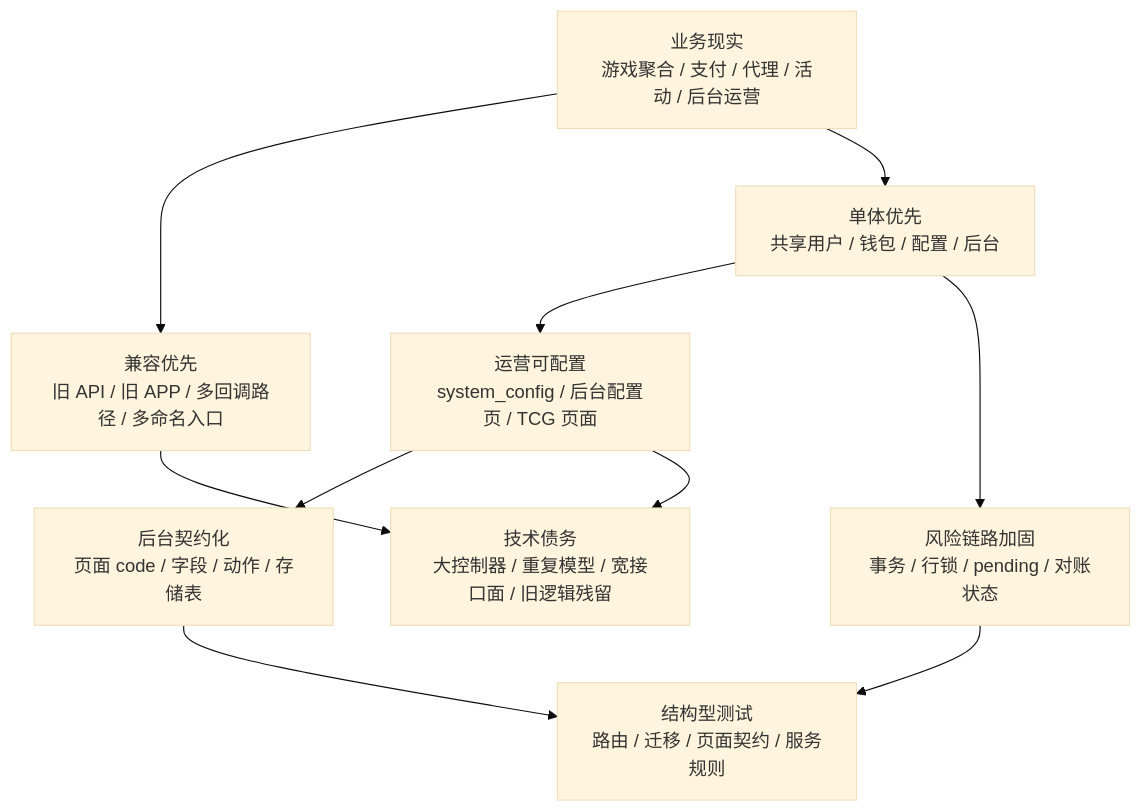
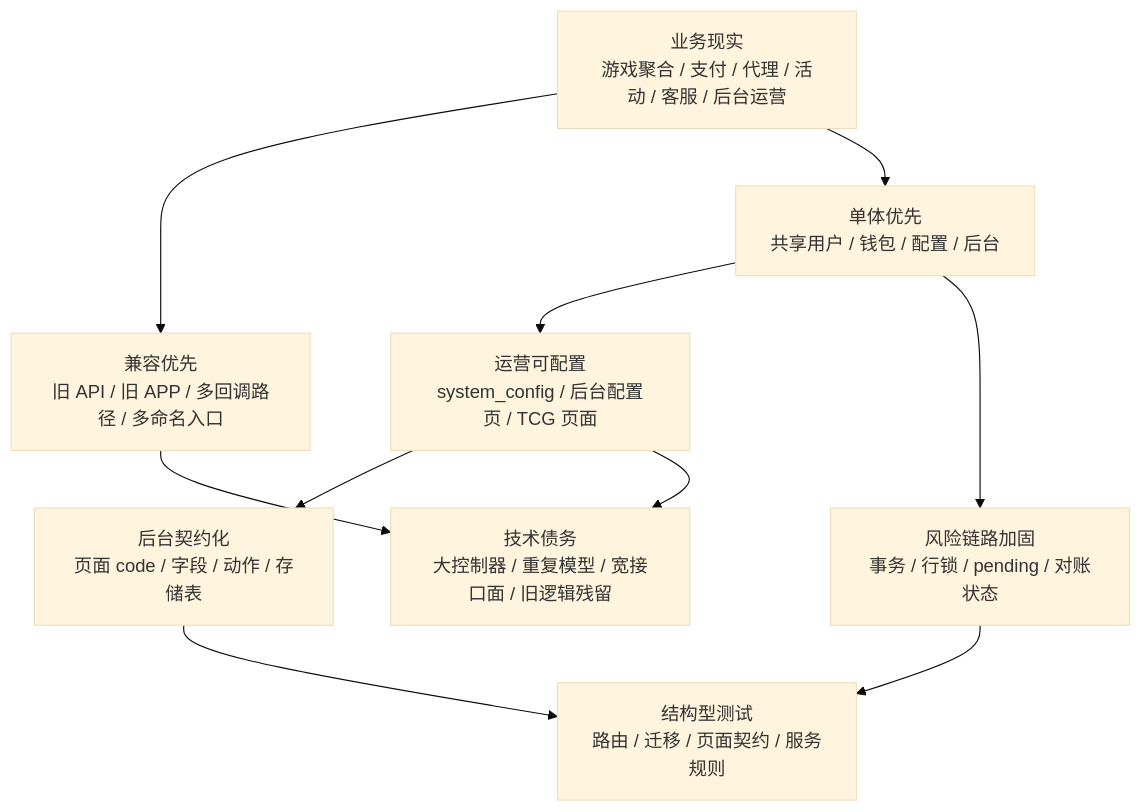
The diagram in javaxiangmu-docs/02-design-rationale-and-engineering-philosophy.md (endian001/javaxiangmu), drawn with Mermaid (base theme) before and after one commit. The commit also changed other lines of this file and 13 other files, not shown here.

````diff
--- a/javaxiangmu-docs/02-design-rationale-and-engineering-philosophy.md
+++ b/javaxiangmu-docs/02-design-rationale-and-engineering-philosophy.md
@@ -23,21 +24,21 @@
 ```mermaid
 flowchart TB
-    Business["业务现实\n游戏聚合 / 支付 / 代理 / 活动 / 后台运营"]
+    Business["业务现实\n游戏聚合 / 支付 / 代理 / 活动 / 客服 / 后台运营"]
     Compatibility["兼容优先\n旧 API / 旧 APP / 多回调路径 / 多命名入口"]
     Monolith["单体优先\n共享用户 / 钱包 / 配置 / 后台"]
     RuntimeConfig["运营可配置\nsystem_config / 后台配置页 / TCG 页面"]
     RiskControl["风险链路加固\n事务 / 行锁 / pending / 对账状态"]
     ContractAdmin["后台契约化\n页面 code / 字段 / 动作 / 存储表"]
     Tests["结构型测试\n路由 / 迁移 / 页面契约 / 服务规则"]
     Debt["技术债务\n大控制器 / 重复模型 / 宽接口面 / 旧逻辑残留"]
 
     Business --> Compatibility
     Business --> Monolith
     Monolith --> RuntimeConfig
     Monolith --> RiskControl
     RuntimeConfig --> ContractAdmin
     RiskControl --> Tests
     ContractAdmin --> Tests
     Compatibility --> Debt
     RuntimeConfig --> Debt
 ```
````
